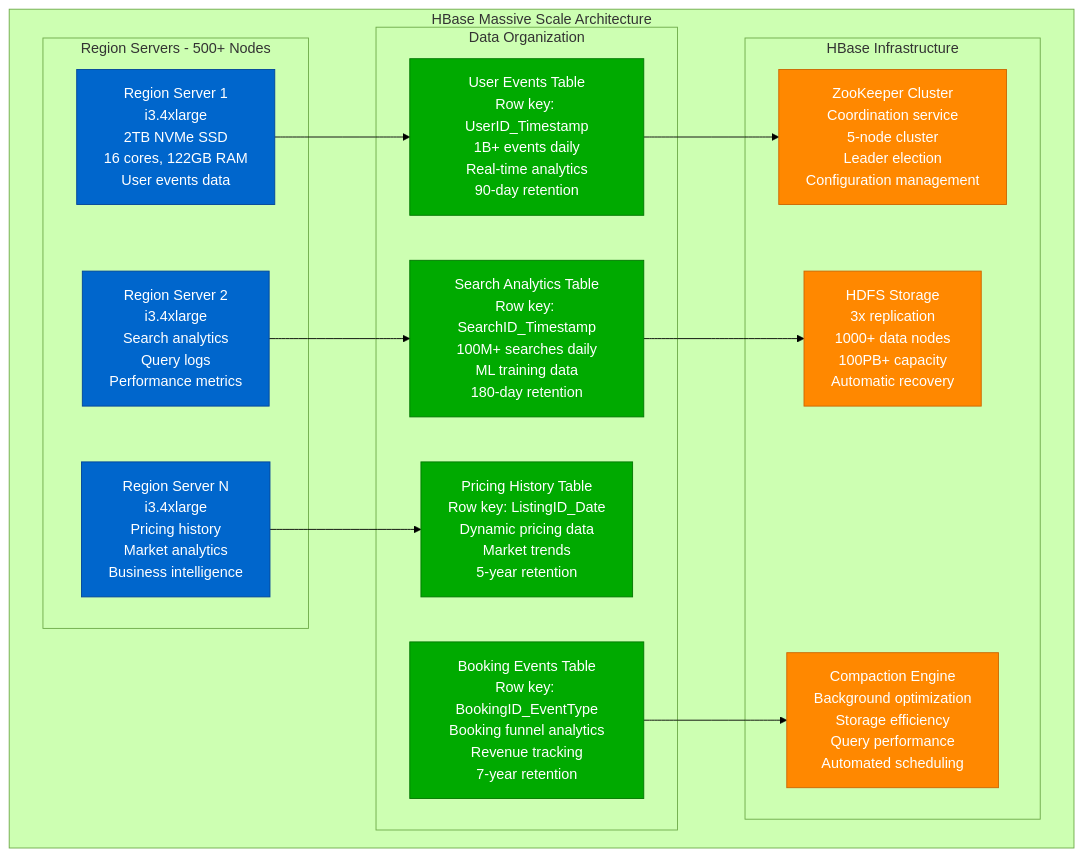
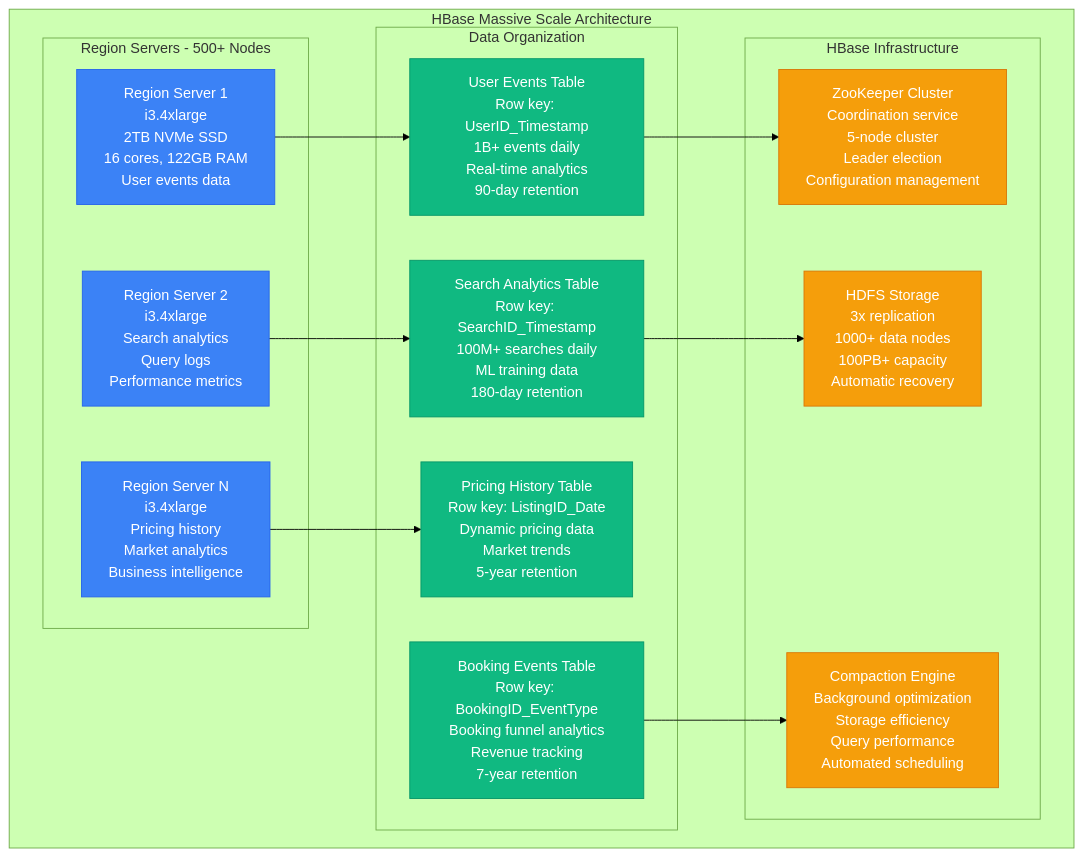
Before and after one commit to deepaucksharma/DS: the third of 5 diagrams in site/docs/systems/airbnb/storage-architecture.md, drawn with Mermaid (forest theme). The commit also changed other lines of this file and 303 other files, not shown here.

````diff
--- a/site/docs/systems/airbnb/storage-architecture.md
+++ b/site/docs/systems/airbnb/storage-architecture.md
@@ -219,46 +219,46 @@
 ```mermaid
 graph TB
     subgraph HBaseCluster[HBase Massive Scale Architecture]
         subgraph RegionServers[Region Servers - 500+ Nodes]
             RegionServer1[Region Server 1<br/>i3.4xlarge<br/>2TB NVMe SSD<br/>16 cores, 122GB RAM<br/>User events data]
 
             RegionServer2[Region Server 2<br/>i3.4xlarge<br/>Search analytics<br/>Query logs<br/>Performance metrics]
 
             RegionServerN[Region Server N<br/>i3.4xlarge<br/>Pricing history<br/>Market analytics<br/>Business intelligence]
         end
 
         subgraph DataOrganization[Data Organization]
             UserEventTable[User Events Table<br/>Row key: UserID_Timestamp<br/>1B+ events daily<br/>Real-time analytics<br/>90-day retention]
 
             SearchAnalyticsTable[Search Analytics Table<br/>Row key: SearchID_Timestamp<br/>100M+ searches daily<br/>ML training data<br/>180-day retention]
 
             PricingHistoryTable[Pricing History Table<br/>Row key: ListingID_Date<br/>Dynamic pricing data<br/>Market trends<br/>5-year retention]
 
             BookingEventsTable[Booking Events Table<br/>Row key: BookingID_EventType<br/>Booking funnel analytics<br/>Revenue tracking<br/>7-year retention]
         end
 
         subgraph HBaseInfrastructure[HBase Infrastructure]
             ZooKeeperCluster[ZooKeeper Cluster<br/>Coordination service<br/>5-node cluster<br/>Leader election<br/>Configuration management]
 
             HDFSStorage[HDFS Storage<br/>3x replication<br/>1000+ data nodes<br/>100PB+ capacity<br/>Automatic recovery]
 
             CompactionEngine[Compaction Engine<br/>Background optimization<br/>Storage efficiency<br/>Query performance<br/>Automated scheduling]
         end
     end
 
     RegionServer1 --> UserEventTable
     RegionServer2 --> SearchAnalyticsTable
     RegionServerN --> PricingHistoryTable
 
     UserEventTable --> ZooKeeperCluster
     SearchAnalyticsTable --> HDFSStorage
     BookingEventsTable --> CompactionEngine
 
-    classDef serverStyle fill:#0066CC,stroke:#004499,color:#fff
-    classDef dataStyle fill:#00AA00,stroke:#007700,color:#fff
-    classDef infraStyle fill:#FF8800,stroke:#CC6600,color:#fff
+    classDef serverStyle fill:#3B82F6,stroke:#2563EB,color:#fff
+    classDef dataStyle fill:#10B981,stroke:#059669,color:#fff
+    classDef infraStyle fill:#F59E0B,stroke:#D97706,color:#fff
 
     class RegionServer1,RegionServer2,RegionServerN serverStyle
     class UserEventTable,SearchAnalyticsTable,PricingHistoryTable,BookingEventsTable dataStyle
     class ZooKeeperCluster,HDFSStorage,CompactionEngine infraStyle
 ```
````
